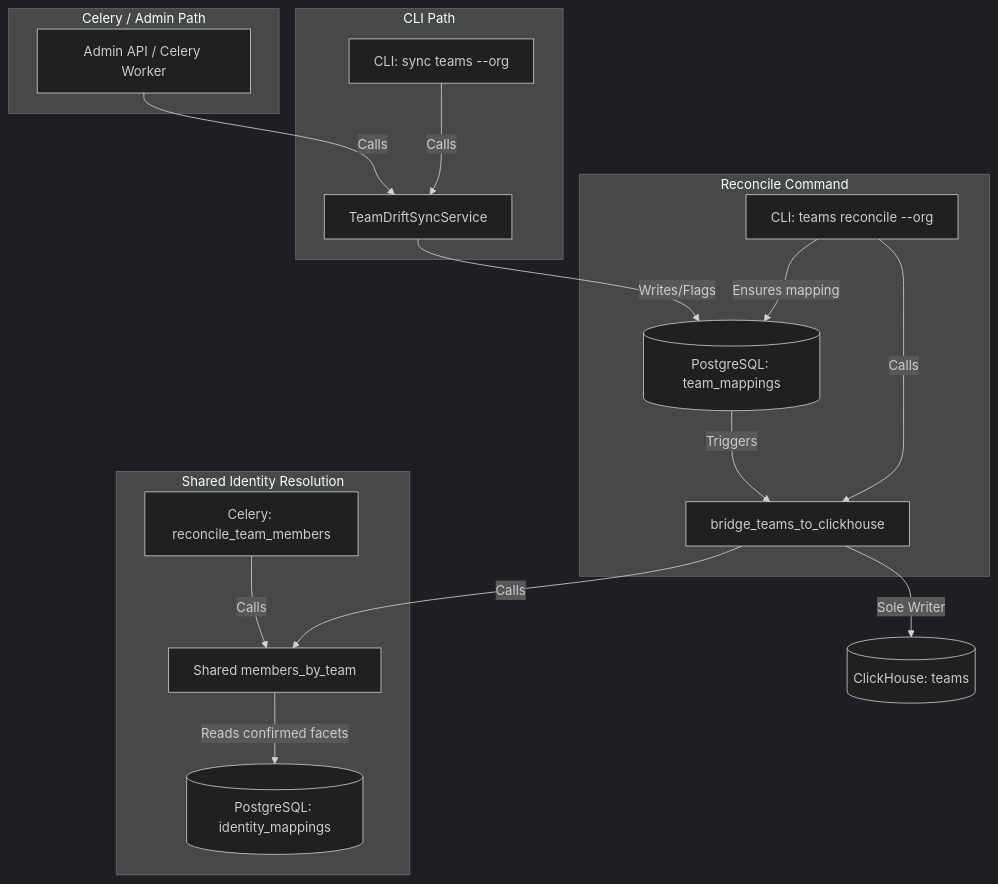
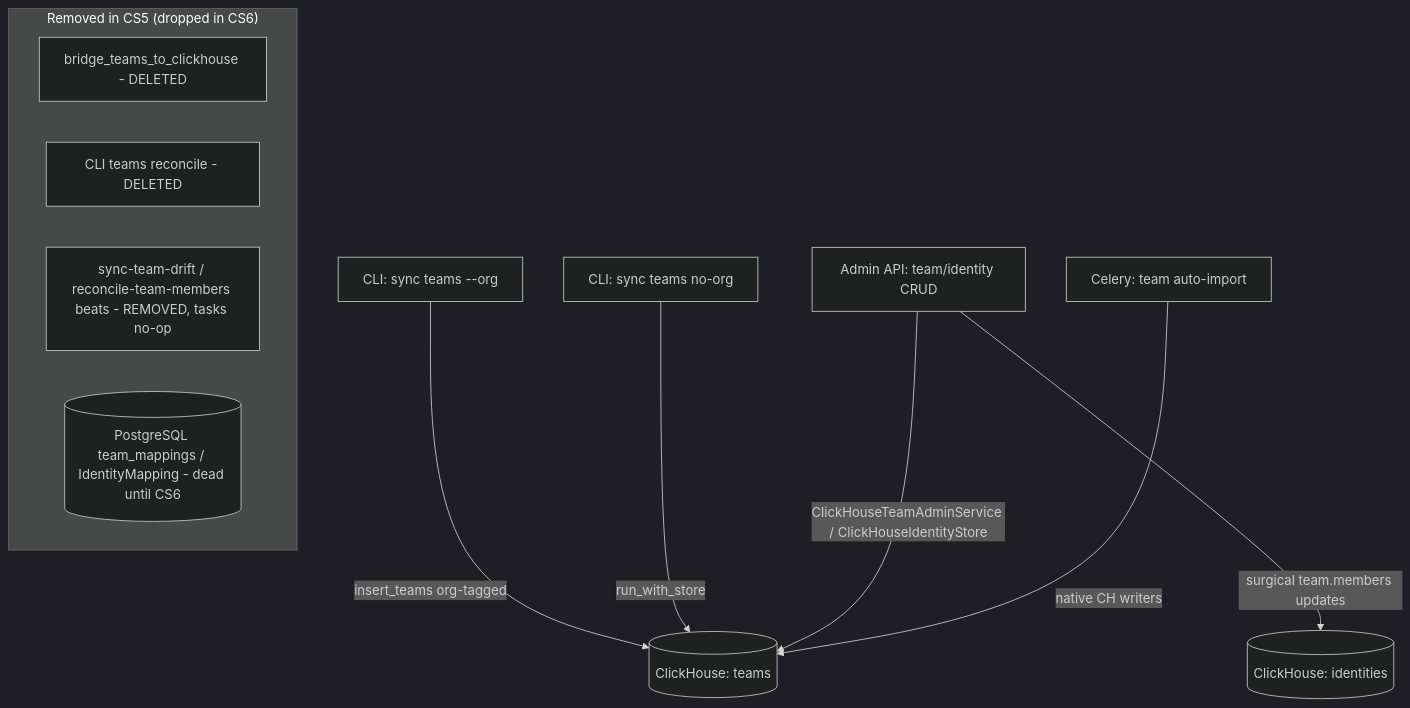
One commit to full-chaos/dev-health-ops changed the diagram in docs/architecture/database-architecture.md. Above: the diagram before and after it, drawn with Mermaid (dark theme). The commit also changed other lines of this file and 44 other files, not shown here.

````diff
--- a/docs/architecture/database-architecture.md
+++ b/docs/architecture/database-architecture.md
@@ -187,25 +170,15 @@
 ```mermaid
 graph TD
-    subgraph CLI Path
-        CLI[CLI: sync teams --org] -->|Calls| Service[TeamDriftSyncService]
-    end
+    CLI[CLI: sync teams --org] -->|insert_teams org-tagged| CH[(ClickHouse: teams)]
+    CLINO[CLI: sync teams no-org] -->|run_with_store| CH
+    Admin[Admin API: team/identity CRUD] -->|ClickHouseTeamAdminService / ClickHouseIdentityStore| CH
+    Admin -->|surgical team.members updates| CHI[(ClickHouse: identities)]
+    AutoImport[Celery: team auto-import] -->|native CH writers| CH
 
-    subgraph Celery / Admin Path
-        Admin[Admin API / Celery Worker] -->|Calls| Service
-    end
-
-    subgraph Reconcile Command
-        Reconcile[CLI: teams reconcile --org] -->|Ensures mapping| PG
-        Reconcile -->|Calls| Bridge[bridge_teams_to_clickhouse]
-    end
-
-    Service -->|Writes/Flags| PG[(PostgreSQL: team_mappings)]
-    PG -->|Triggers| Bridge
-    Bridge -->|Sole Writer| CH[(ClickHouse: teams)]
-
-    subgraph Shared Identity Resolution
-        Bridge -->|Calls| SharedResolver[Shared members_by_team]
-        Worker[Celery: reconcile_team_members] -->|Calls| SharedResolver
-        SharedResolver -->|Reads confirmed facets| PG_Identities[(PostgreSQL: identity_mappings)]
+    subgraph "Removed in CS5 (dropped in CS6)"
+        Bridge[bridge_teams_to_clickhouse - DELETED]
+        Reconcile[CLI teams reconcile - DELETED]
+        Drift[sync-team-drift / reconcile-team-members beats - REMOVED, tasks no-op]
+        PG[(PostgreSQL team_mappings / IdentityMapping - dead until CS6)]
     end
 ```
````
